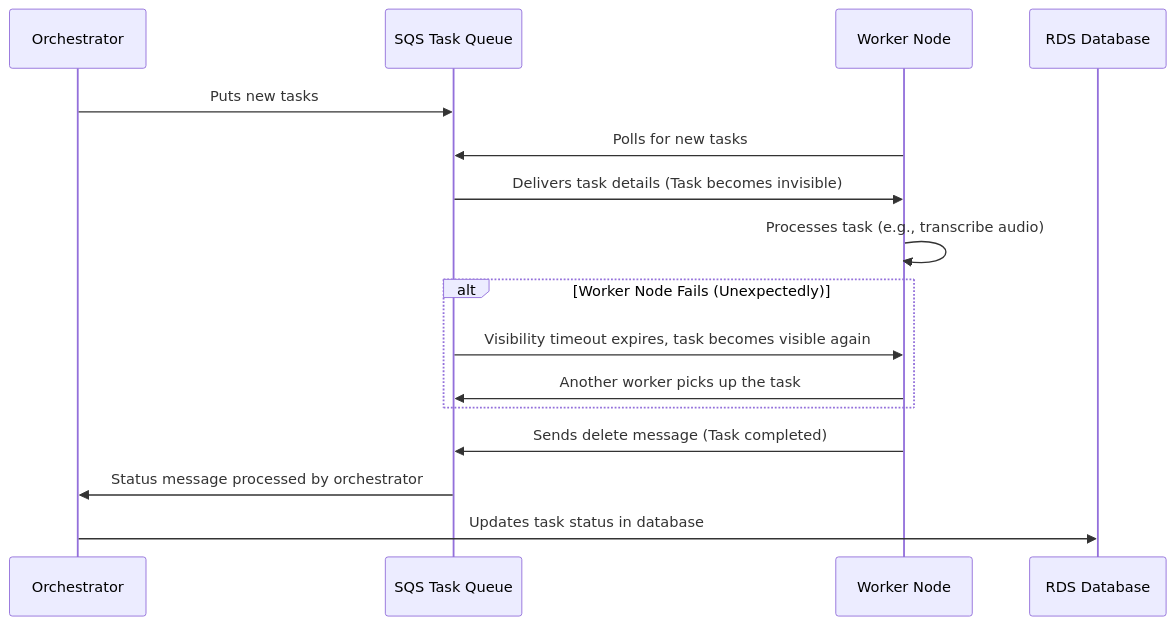
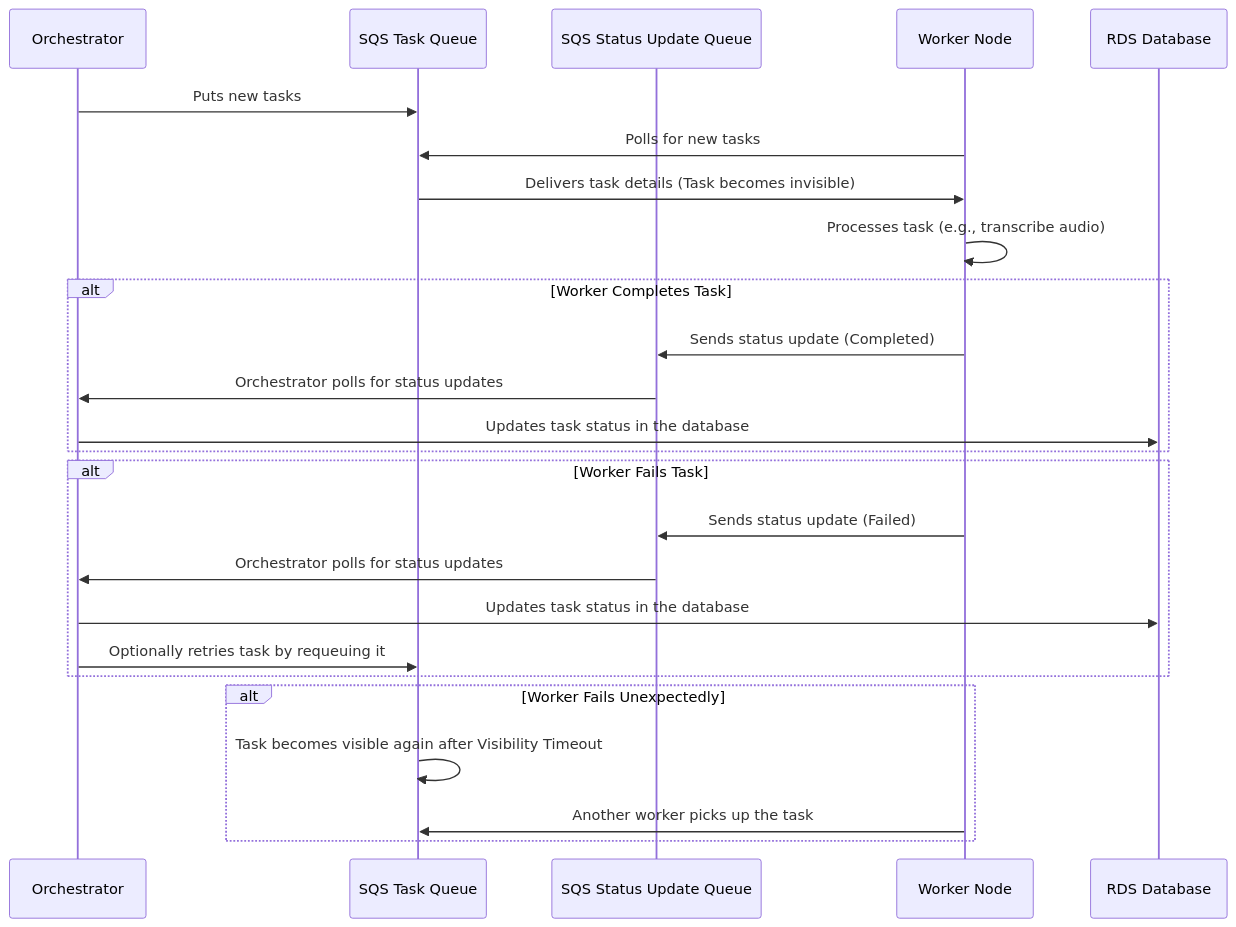
Before and after one commit to davidbmar/audio_client_server: the diagram in orchestrator/orchestrator.v2.md, drawn with Mermaid. The commit also changed other lines of this file, not shown here.

First line of the commit message:
Update orchestrator.v2.md

````diff
--- a/orchestrator/orchestrator.v2.md
+++ b/orchestrator/orchestrator.v2.md
@@ -118,22 +77,32 @@
 ```mermaid
 sequenceDiagram
     participant Orchestrator
     participant TaskQueue as SQS Task Queue
+    participant StatusQueue as SQS Status Update Queue
     participant WorkerNode as Worker Node
     participant RDS as RDS Database
 
     Orchestrator->>TaskQueue: Puts new tasks
     WorkerNode->>TaskQueue: Polls for new tasks
     TaskQueue->>WorkerNode: Delivers task details (Task becomes invisible)
 
     WorkerNode->>WorkerNode: Processes task (e.g., transcribe audio)
     
-    alt Worker Node Fails (Unexpectedly)
-        TaskQueue->>WorkerNode: Visibility timeout expires, task becomes visible again
+    alt Worker Completes Task
+        WorkerNode->>StatusQueue: Sends status update (Completed)
+        StatusQueue->>Orchestrator: Orchestrator polls for status updates
+        Orchestrator->>RDS: Updates task status in the database
+    end
+    
+    alt Worker Fails Task
+        WorkerNode->>StatusQueue: Sends status update (Failed)
+        StatusQueue->>Orchestrator: Orchestrator polls for status updates
+        Orchestrator->>RDS: Updates task status in the database
+        Orchestrator->>TaskQueue: Optionally retries task by requeuing it
+    end
+    
+    alt Worker Fails Unexpectedly
+        TaskQueue->>TaskQueue: Task becomes visible again after Visibility Timeout
         WorkerNode->>TaskQueue: Another worker picks up the task
     end
-    
-    WorkerNode->>TaskQueue: Sends delete message (Task completed)
-    TaskQueue->>Orchestrator: Status message processed by orchestrator
-    Orchestrator->>RDS: Updates task status in database
 ```
````
